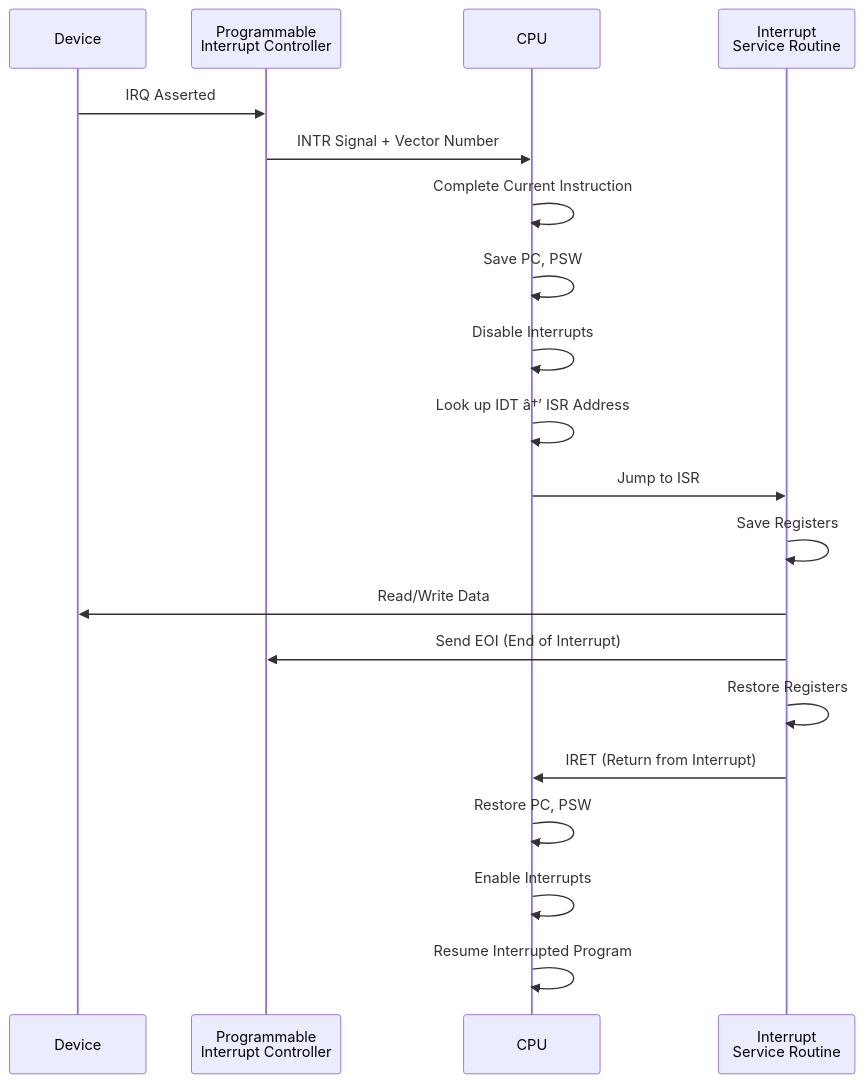
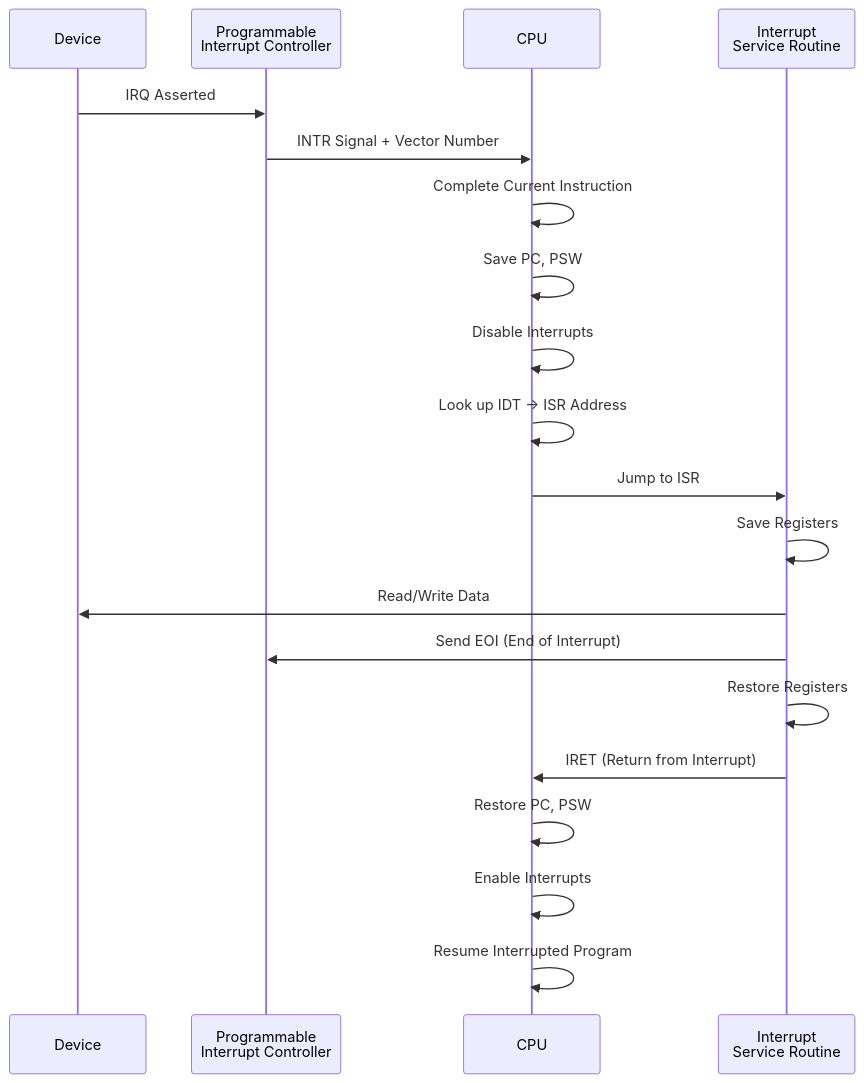
The second of 9 diagrams in docs/courses/computer-architecture/05-io-organization.md (Raushan666java/ai-engineering-journey), drawn with Mermaid before and after one commit. The commit also changed other lines of this file and 965 other files, not shown here.

````diff
--- a/docs/courses/computer-architecture/05-io-organization.md
+++ b/docs/courses/computer-architecture/05-io-organization.md
@@ -447,22 +447,22 @@
 ```mermaid
 sequenceDiagram
     participant Device
     participant PIC as Programmable<br/>Interrupt Controller
     participant CPU
     participant ISR as Interrupt<br/>Service Routine
     Device->>PIC: IRQ Asserted
     PIC->>CPU: INTR Signal + Vector Number
     CPU->>CPU: Complete Current Instruction
     CPU->>CPU: Save PC, PSW
     CPU->>CPU: Disable Interrupts
-    CPU->>CPU: Look up IDT â†’ ISR Address
+    CPU->>CPU: Look up IDT → ISR Address
     CPU->>ISR: Jump to ISR
     ISR->>ISR: Save Registers
     ISR->>Device: Read/Write Data
     ISR->>PIC: Send EOI (End of Interrupt)
     ISR->>ISR: Restore Registers
     ISR->>CPU: IRET (Return from Interrupt)
     CPU->>CPU: Restore PC, PSW
     CPU->>CPU: Enable Interrupts
     CPU->>CPU: Resume Interrupted Program
 ```
````
